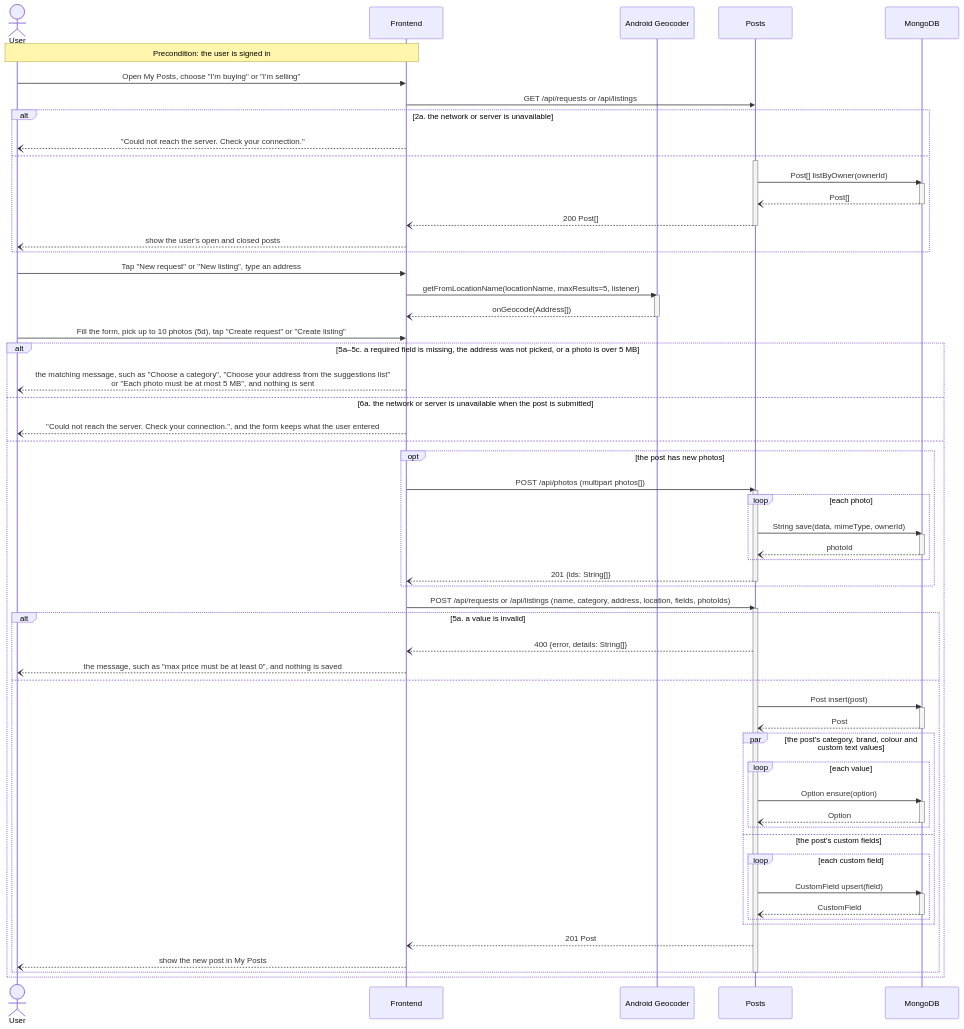
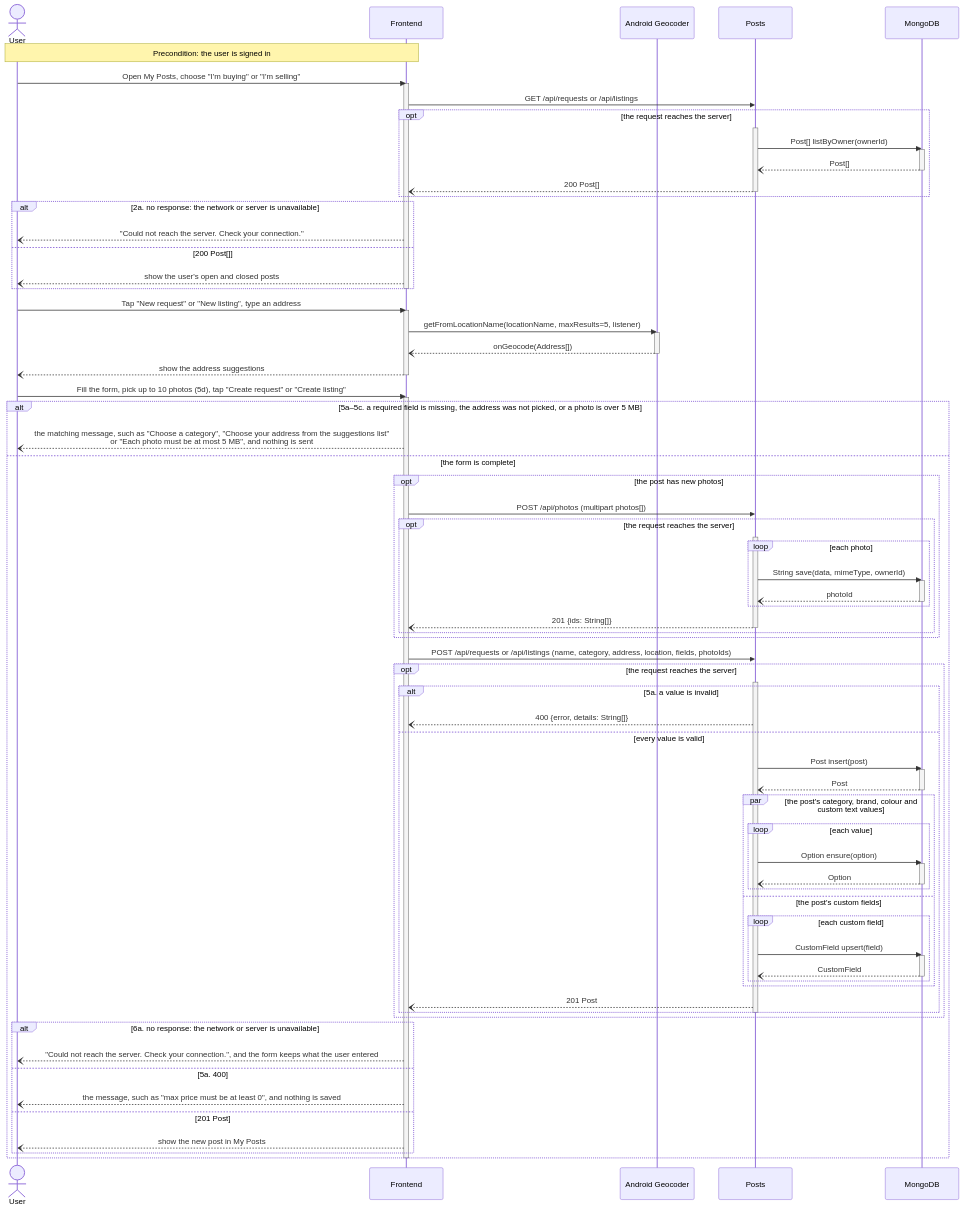
Before and after one commit to m1lun/MatchMarket: the second of 6 diagrams in documentation/Requirements_and_Design.md, drawn with Mermaid. The commit also changed other lines of this file and 12 other files, not shown here.

````diff
--- a/documentation/Requirements_and_Design.md
+++ b/documentation/Requirements_and_Design.md
@@ -581,10 +583,9 @@
     participant DB as MongoDB
     Note over U,FE: Precondition: the user is signed in
     U->>FE: Open My Posts, choose "I'm buying" or "I'm selling"
+    activate FE
     FE->>P: GET /api/requests or /api/listings
-    alt 2a. the network or server is unavailable
-        FE--)U: "Could not reach the server. Check your connection."
-    else
+    opt the request reaches the server
         activate P
         P->>DB: Post[] listByOwner(ownerId)
         activate DB
@@ -592,59 +593,76 @@
         deactivate DB
         P--)FE: 200 Post[]
         deactivate P
+    end
+    alt 2a. no response: the network or server is unavailable
+        FE--)U: "Could not reach the server. Check your connection."
+    else 200 Post[]
         FE--)U: show the user's open and closed posts
     end
+    deactivate FE
     U->>FE: Tap "New request" or "New listing", type an address
+    activate FE
     FE->>GEO: getFromLocationName(locationName, maxResults=5, listener)
     activate GEO
     GEO--)FE: onGeocode(Address[])
     deactivate GEO
+    FE--)U: show the address suggestions
+    deactivate FE
     U->>FE: Fill the form, pick up to 10 photos (5d), tap "Create request" or "Create listing"
+    activate FE
     alt 5a–5c. a required field is missing, the address was not picked, or a photo is over 5 MB
         FE--)U: the matching message, such as "Choose a category", "Choose your address from the suggestions list"<br/>or "Each photo must be at most 5 MB", and nothing is sent
-    else 6a. the network or server is unavailable when the post is submitted
-        FE--)U: "Could not reach the server. Check your connection.", and the form keeps what the user entered
-    else
+    else the form is complete
         opt the post has new photos
             FE->>P: POST /api/photos (multipart photos[])
+            opt the request reaches the server
+                activate P
+                loop each photo
+                    P->>DB: String save(data, mimeType, ownerId)
+                    activate DB
+                    DB--)P: photoId
+                    deactivate DB
+                end
+                P--)FE: 201 {ids: String[]}
+                deactivate P
+            end
+        end
+        FE->>P: POST /api/requests or /api/listings (name, category, address, location, fields, photoIds)
+        opt the request reaches the server
             activate P
-            loop each photo
-                P->>DB: String save(data, mimeType, ownerId)
+            alt 5a. a value is invalid
+                P--)FE: 400 {error, details: String[]}
+            else every value is valid
+                P->>DB: Post insert(post)
                 activate DB
-                DB--)P: photoId
+                DB--)P: Post
                 deactivate DB
+                par the post's category, brand, colour and custom text values
+                    loop each value
+                        P->>DB: Option ensure(option)
+                        activate DB
+                        DB--)P: Option
+                        deactivate DB
+                    end
+                and the post's custom fields
+                    loop each custom field
+                        P->>DB: CustomField upsert(field)
+                        activate DB
+                        DB--)P: CustomField
+                        deactivate DB
+                    end
+                end
+                P--)FE: 201 Post
             end
-            P--)FE: 201 {ids: String[]}
             deactivate P
         end
-        FE->>P: POST /api/requests or /api/listings (name, category, address, location, fields, photoIds)
-        activate P
-        alt 5a. a value is invalid
-            P--)FE: 400 {error, details: String[]}
+        alt 6a. no response: the network or server is unavailable
+            FE--)U: "Could not reach the server. Check your connection.", and the form keeps what the user entered
+        else 5a. 400
             FE--)U: the message, such as "max price must be at least 0", and nothing is saved
-        else
-            P->>DB: Post insert(post)
-            activate DB
-            DB--)P: Post
-            deactivate DB
-            par the post's category, brand, colour and custom text values
-                loop each value
-                    P->>DB: Option ensure(option)
-                    activate DB
-                    DB--)P: Option
-                    deactivate DB
-                end
-            and the post's custom fields
-                loop each custom field
-                    P->>DB: CustomField upsert(field)
-                    activate DB
-                    DB--)P: CustomField
-                    deactivate DB
-                end
-            end
-            P--)FE: 201 Post
+        else 201 Post
             FE--)U: show the new post in My Posts
         end
-        deactivate P
     end
+    deactivate FE
 ```
````
